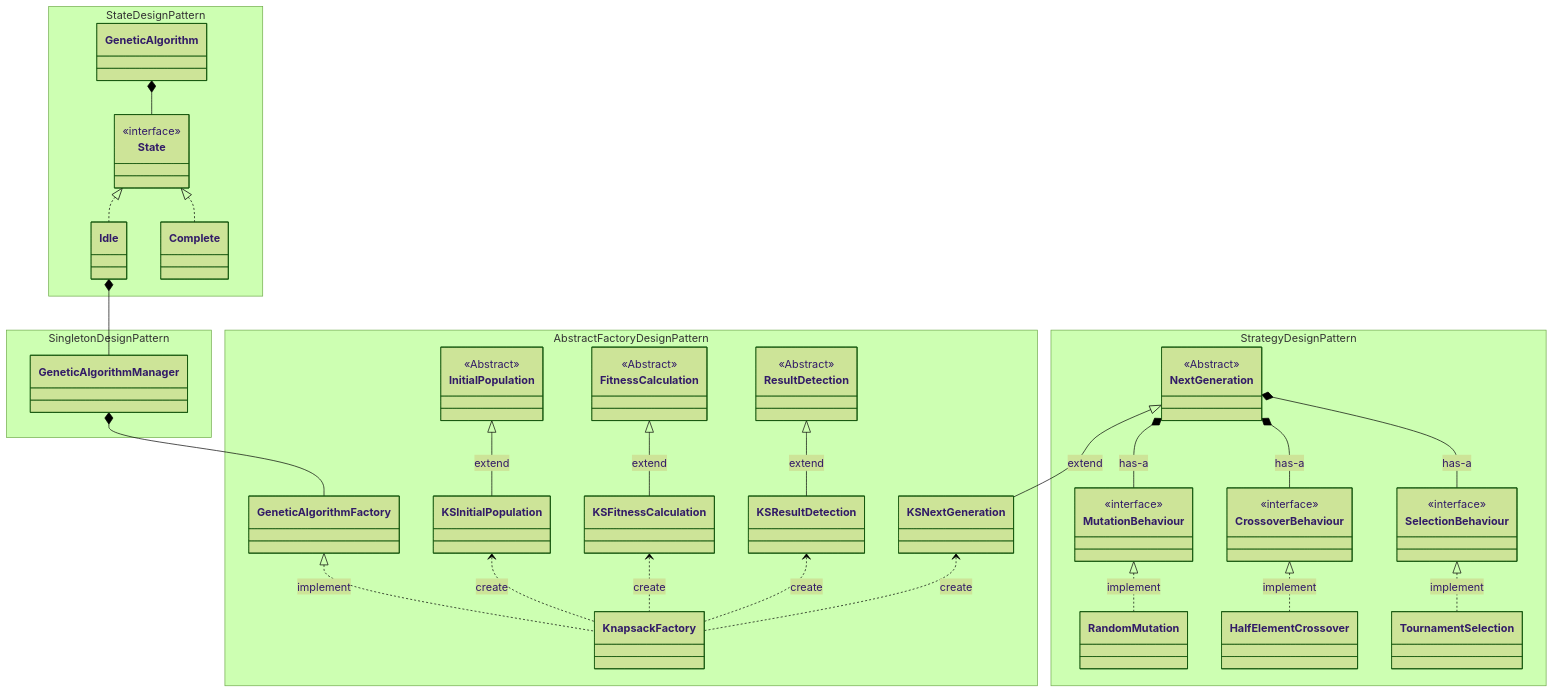
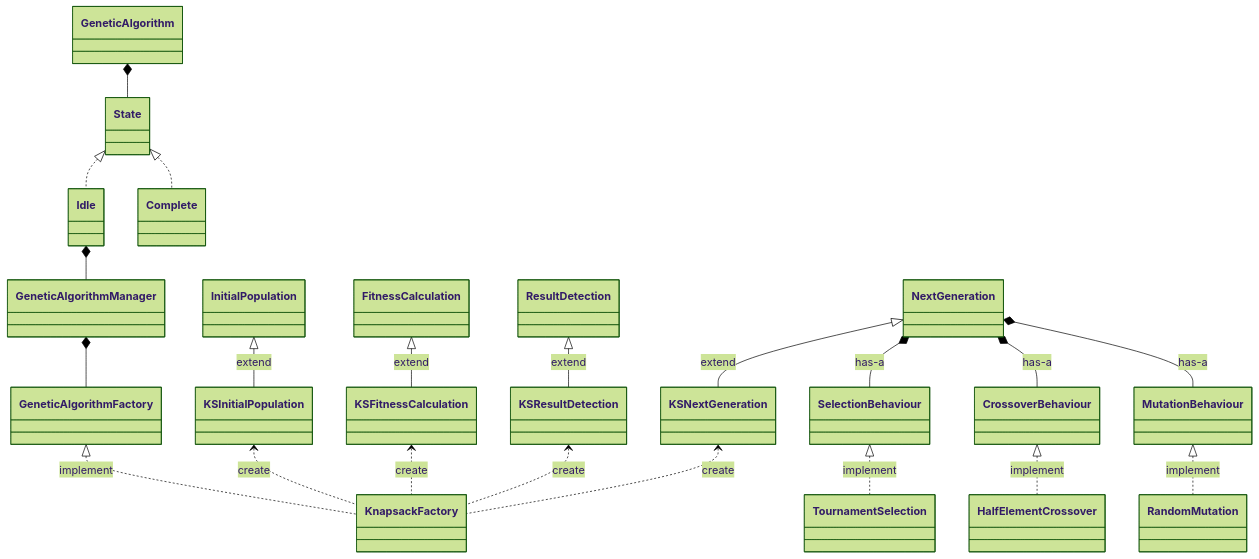
The diagram in systemDesign/classDiagram.md (atagunay/knapsack), drawn with Mermaid (forest theme) before and after one commit.

Commit message:
[improvement] Fix mermaid class diagram

````diff
--- a/systemDesign/classDiagram.md
+++ b/systemDesign/classDiagram.md
@@ -5,80 +5,23 @@
 ```mermaid
 classDiagram
     State <|.. Idle
     State <|.. Complete
     GeneticAlgorithm *-- State
     Idle *-- GeneticAlgorithmManager
     GeneticAlgorithmFactory <|.. KnapsackFactory: implement
     InitialPopulation <|-- KSInitialPopulation: extend
     FitnessCalculation <|-- KSFitnessCalculation: extend
     NextGeneration <|-- KSNextGeneration: extend
     ResultDetection <|-- KSResultDetection: extend
     KSInitialPopulation <.. KnapsackFactory: create
     KSFitnessCalculation <.. KnapsackFactory: create
     KSResultDetection <.. KnapsackFactory: create
     KSNextGeneration <.. KnapsackFactory: create
     GeneticAlgorithmManager *-- GeneticAlgorithmFactory
     NextGeneration *-- SelectionBehaviour: has-a
     NextGeneration *-- CrossoverBehaviour: has-a
     NextGeneration *-- MutationBehaviour: has-a
     MutationBehaviour <|.. RandomMutation: implement
     CrossoverBehaviour <|.. HalfElementCrossover: implement
     SelectionBehaviour <|.. TournamentSelection: implement
-
-    namespace State Design Pattern {
-        class GeneticAlgorithm
-        class Idle
-        class Complete
-
-        class State {
-            <<interface>>
-        }
-    }
-
-    namespace Singleton Design Pattern {
-        class GeneticAlgorithmManager
-    }
-
-    namespace Abstract Factory Design Pattern {
-        class GeneticAlgorithmFactory
-        class KnapsackFactory
-        class KSInitialPopulation
-        class KSFitnessCalculation
-        class KSNextGeneration
-        class KSResultDetection
-
-        class ResultDetection {
-            <<Abstract>>
-        }
-
-        class InitialPopulation {
-            <<Abstract>>
-        }
-
-        class FitnessCalculation {
-            <<Abstract>>
-        }
-    }
-
-    namespace Strategy Design Pattern {
-        class NextGeneration {
-            <<Abstract>>
-        }
-
-        class SelectionBehaviour {
-            <<interface>>
-        }
-
-        class CrossoverBehaviour {
-            <<interface>>
-        }
-
-        class MutationBehaviour {
-            <<interface>>
-        }
-
-        class RandomMutation
-        class HalfElementCrossover
-        class TournamentSelection
-    }
 ```
````
